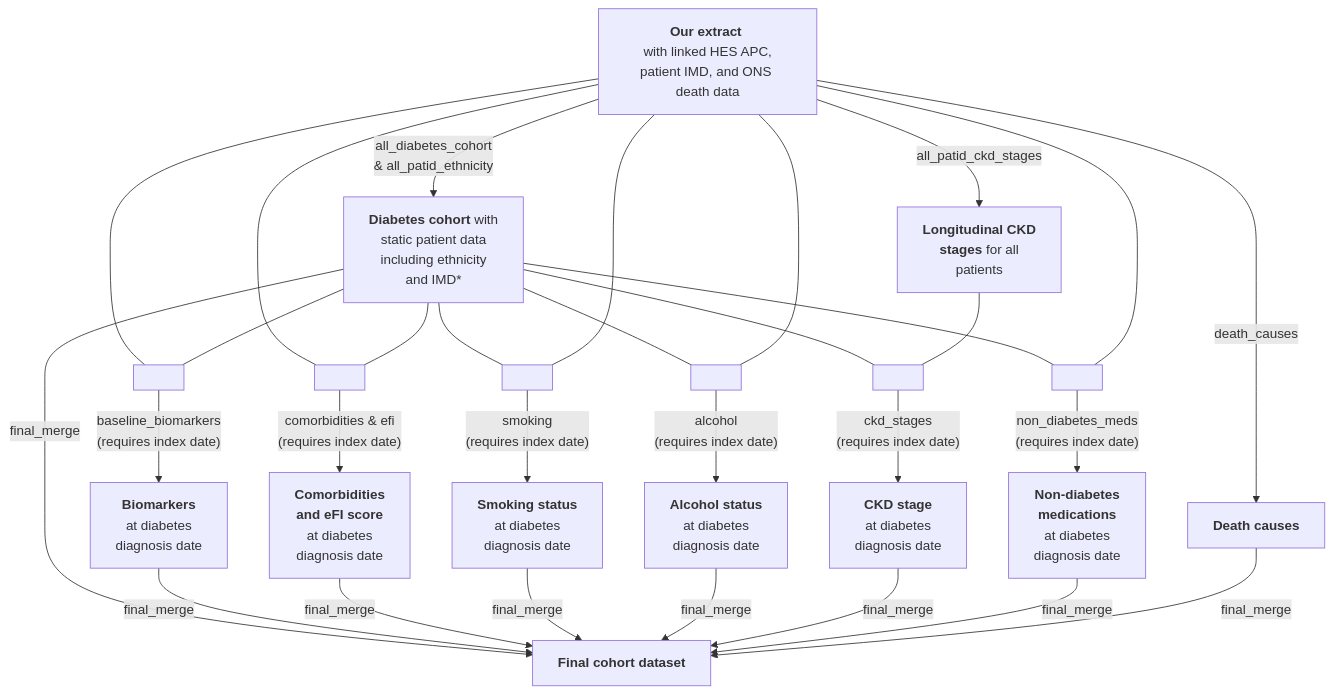
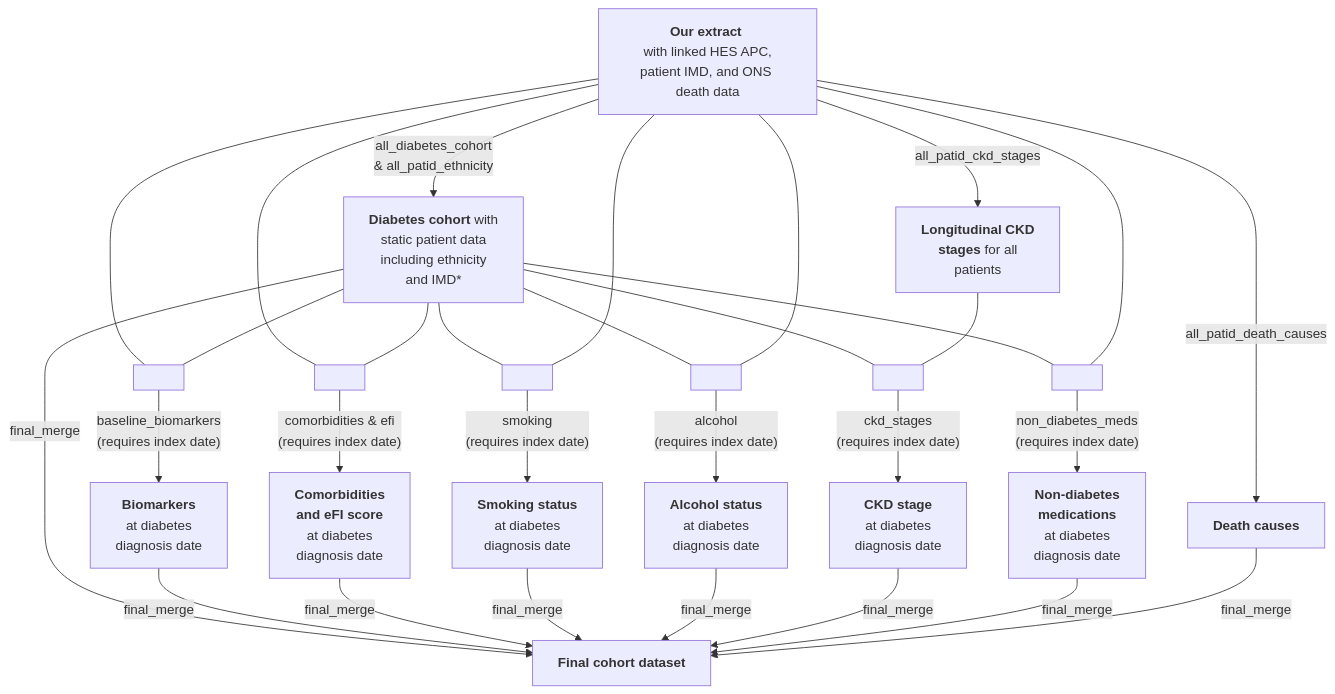
Before and after one commit to Exeter-Diabetes/CPRD-Cohort-scripts: the diagram in 01-At-diagnosis/README.md, drawn with Mermaid. The commit also changed other lines of this file, not shown here.

````diff
--- a/01-At-diagnosis/README.md
+++ b/01-At-diagnosis/README.md
@@ -11,40 +11,40 @@
 ```mermaid
 graph TD;
     A["<b>Our extract</b> <br> with linked HES APC, patient IMD, and ONS death data"] --> |"all_diabetes_cohort <br> & all_patid_ethnicity"|B["<b>Diabetes cohort</b> with <br> static patient data <br> including ethnicity <br> and IMD*"]
     A-->|"all_patid_ckd_stages"|C["<b>Longitudinal CKD <br> stages</b> for all <br> patients"]
 
-    A-->|"death_causes"|L["<b>Death causes</b>"]
+    A-->|"all_patid_death_causes"|L["<b>Death causes</b>"]
 
     A---M[ ]:::empty
     B---M
     M-->|"baseline_biomarkers <br> (requires index date)"|E["<b>Biomarkers</b> <br> at diabetes <br> diagnosis date"]
    
     A---N[ ]:::empty
     B---N
     N-->|"comorbidities & efi<br>(requires index date)"|F["<b>Comorbidities<br>and eFI score</b> <br> at diabetes <br> diagnosis date"]
 
     B---O[ ]:::empty
     A---O
     O-->|"smoking <br> (requires index date)"|G["<b>Smoking status</b> <br> at diabetes <br> diagnosis date"]
     
     B---P[ ]:::empty
     A---P
     P-->|"alcohol <br> (requires index date)"|H["<b>Alcohol status</b> <br> at diabetes <br> diagnosis date"]
 
     B---R[ ]:::empty
     A---R
     R-->|"non_diabetes_meds <br> (requires index date)"|K["<b>Non-diabetes<br>medications</b> <br> at diabetes <br> diagnosis date"]
 
     B---Q[ ]:::empty
     C---Q
     Q-->|"ckd_stages <br> (requires index date)"|I["<b>CKD stage </b> <br> at diabetes <br> diagnosis date"]
 
     B-->|"final_merge"|J["<b>Final cohort dataset</b>"]
     E-->|"final_merge"|J
     F-->|"final_merge"|J
     G-->|"final_merge"|J
     H-->|"final_merge"|J
     I-->|"final_merge"|J
     K-->|"final_merge"|J
     L-->|"final_merge"|J
 ```
````
